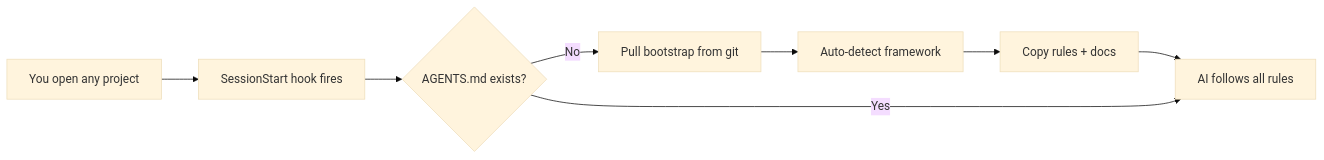
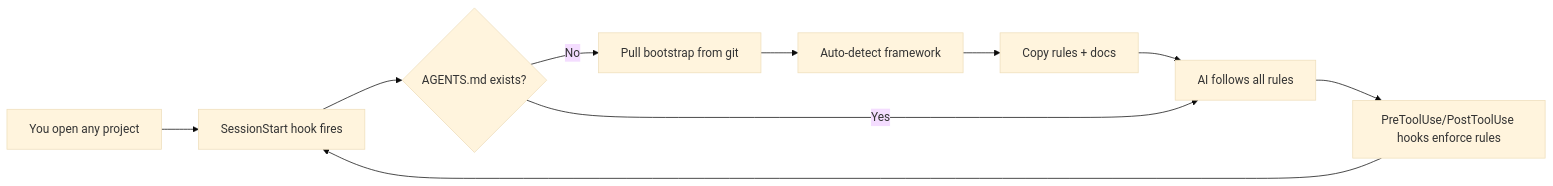
One commit to jtmb/ingenium changed the first of 2 diagrams in README.md. Above: the diagram before and after it, drawn with Mermaid (base theme). The commit also changed other lines of this file and 5 other files, not shown here.

````diff
--- a/README.md
+++ b/README.md
@@ -28,10 +28,12 @@
 ```mermaid
 graph LR
     A[You open any project] --> B[SessionStart hook fires]
     B --> C{AGENTS.md exists?}
     C -->|No| D[Pull bootstrap from git]
     D --> E[Auto-detect framework]
     E --> F[Copy rules + docs]
     F --> G[AI follows all rules]
     C -->|Yes| G
+    G --> H[PreToolUse/PostToolUse hooks enforce rules]
+    H --> B
 ```
````
